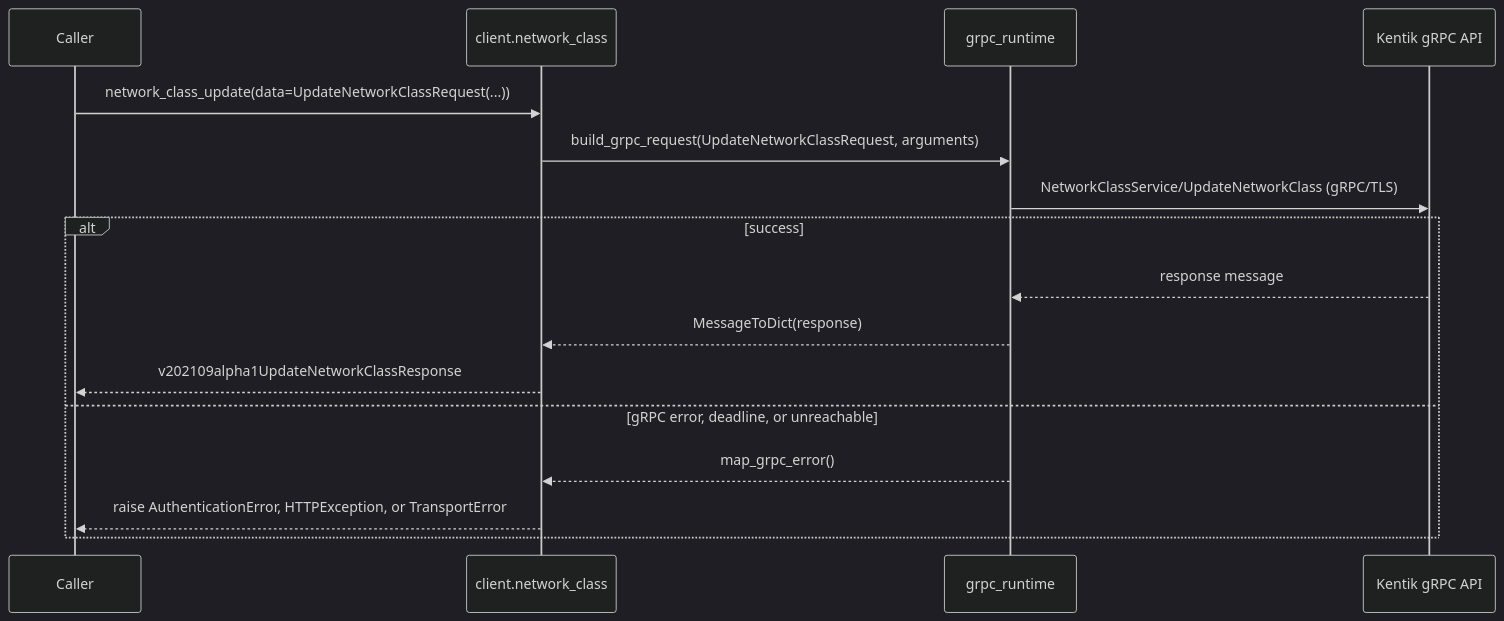
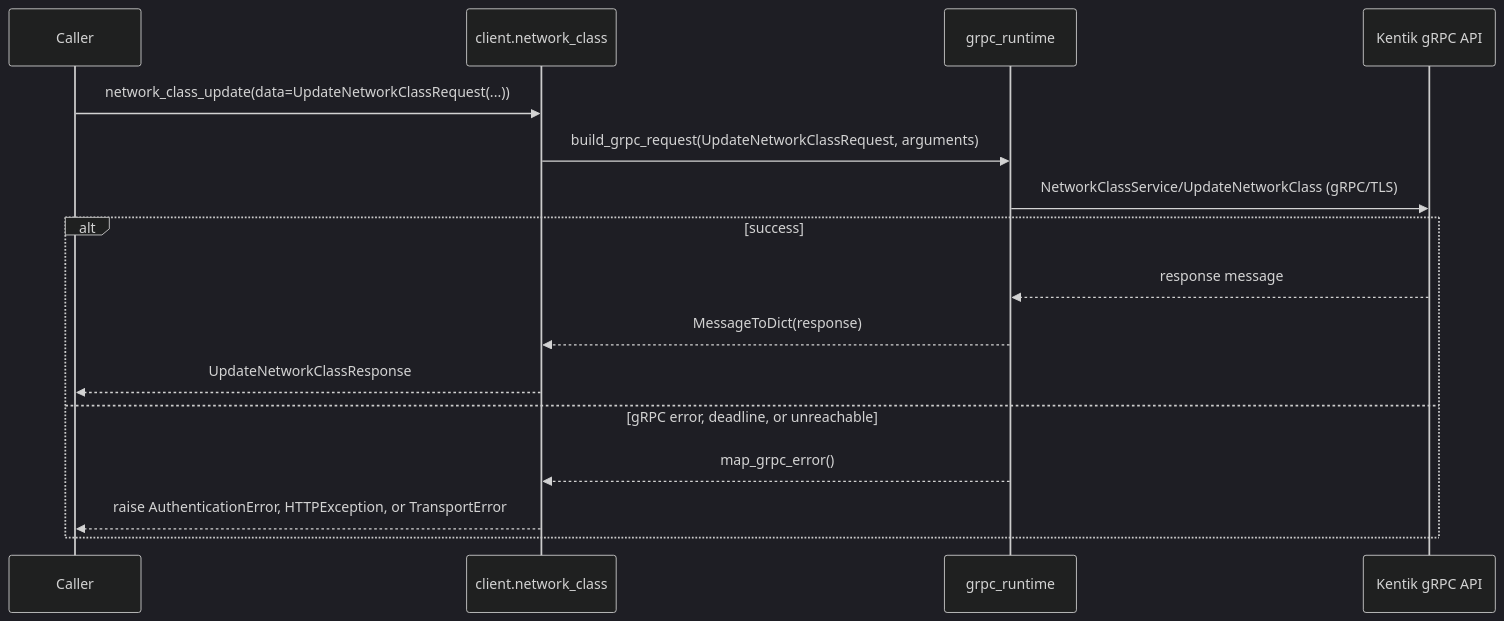
The fifth of 6 diagrams in docs/sphinx/services/network_class.md (alexdearaujo/community_sdk_python), drawn with Mermaid (dark theme) before and after one commit. The commit also changed other lines of this file and 38 other files, not shown here.

````diff
--- a/docs/sphinx/services/network_class.md
+++ b/docs/sphinx/services/network_class.md
@@ -127,19 +127,19 @@
 ```mermaid
 sequenceDiagram
     participant C as Caller
     participant W as client.network_class
     participant R as grpc_runtime
     participant API as Kentik gRPC API
 
     C->>W: network_class_update(data=UpdateNetworkClassRequest(...))
     W->>R: build_grpc_request(UpdateNetworkClassRequest, arguments)
     R->>API: NetworkClassService/UpdateNetworkClass (gRPC/TLS)
     alt success
         API-->>R: response message
         R-->>W: MessageToDict(response)
-        W-->>C: v202109alpha1UpdateNetworkClassResponse
+        W-->>C: UpdateNetworkClassResponse
     else gRPC error, deadline, or unreachable
         R-->>W: map_grpc_error()
         W-->>C: raise AuthenticationError, HTTPException, or TransportError
     end
 ```
````
